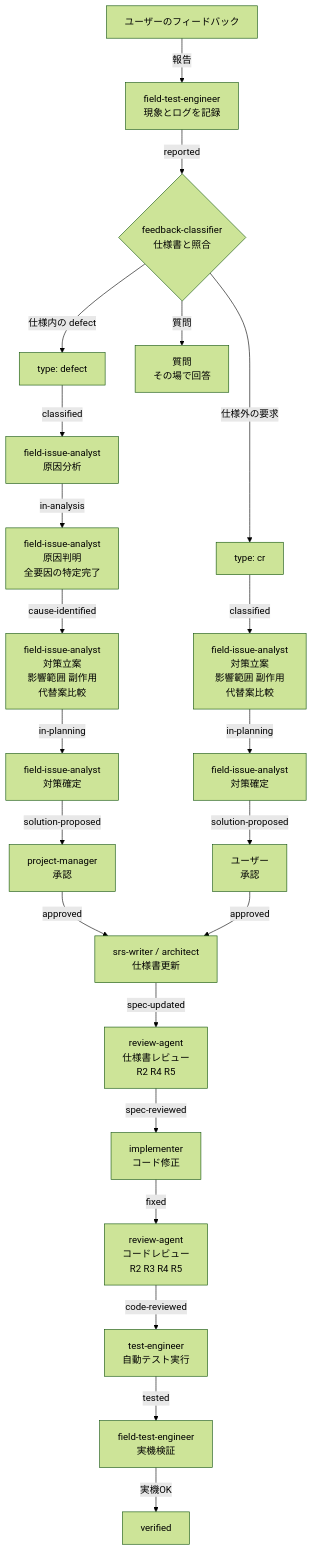
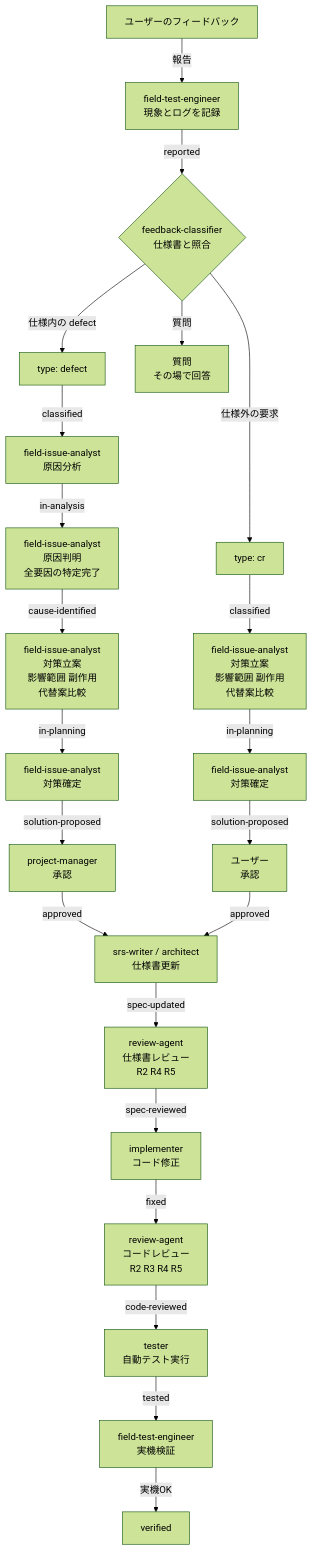
One commit to GoodRelax/gr-sw-maker changed the diagram in framework-src/ja/process-rules/field-issue-handling-rules.md. Above: the diagram before and after it, drawn with Mermaid (forest theme). The commit also changed other lines of this file and 19 other files, not shown here.

````diff
--- a/framework-src/ja/process-rules/field-issue-handling-rules.md
+++ b/framework-src/ja/process-rules/field-issue-handling-rules.md
@@ -59,52 +59,52 @@
 ```mermaid
 flowchart TD
     Start["ユーザーのフィードバック"]
     FTE["field-test-engineer<br/>現象とログを記録"]
     FC{"feedback-classifier<br/>仕様書と照合"}
     DEF["type: defect"]
     CR["type: cr"]
     Q["質問<br/>その場で回答"]
 
     FIA_D1["field-issue-analyst<br/>原因分析"]
     FIA_D2["field-issue-analyst<br/>原因判明<br/>全要因の特定完了"]
     FIA_D3["field-issue-analyst<br/>対策立案<br/>影響範囲 副作用<br/>代替案比較"]
     FIA_D4["field-issue-analyst<br/>対策確定"]
 
     FIA_C1["field-issue-analyst<br/>対策立案<br/>影響範囲 副作用<br/>代替案比較"]
     FIA_C2["field-issue-analyst<br/>対策確定"]
 
     ORC["project-manager<br/>承認"]
     USR["ユーザー<br/>承認"]
     SPEC["srs-writer / architect<br/>仕様書更新"]
     SREV["review-agent<br/>仕様書レビュー<br/>R2 R4 R5"]
     IMP["implementer<br/>コード修正"]
     CREV["review-agent<br/>コードレビュー<br/>R2 R3 R4 R5"]
-    TE["test-engineer<br/>自動テスト実行"]
+    TE["tester<br/>自動テスト実行"]
     FTE2["field-test-engineer<br/>実機検証"]
     DONE["verified"]
 
     Start -->|"報告"| FTE
     FTE -->|"reported"| FC
     FC -->|"仕様内の defect"| DEF
     FC -->|"仕様外の要求"| CR
     FC -->|"質問"| Q
 
     DEF -->|"classified"| FIA_D1
     FIA_D1 -->|"in-analysis"| FIA_D2
     FIA_D2 -->|"cause-identified"| FIA_D3
     FIA_D3 -->|"in-planning"| FIA_D4
     FIA_D4 -->|"solution-proposed"| ORC
 
     CR -->|"classified"| FIA_C1
     FIA_C1 -->|"in-planning"| FIA_C2
     FIA_C2 -->|"solution-proposed"| USR
 
     ORC -->|"approved"| SPEC
     USR -->|"approved"| SPEC
     SPEC -->|"spec-updated"| SREV
     SREV -->|"spec-reviewed"| IMP
     IMP -->|"fixed"| CREV
     CREV -->|"code-reviewed"| TE
     TE -->|"tested"| FTE2
     FTE2 -->|"実機OK"| DONE
 ```
````
